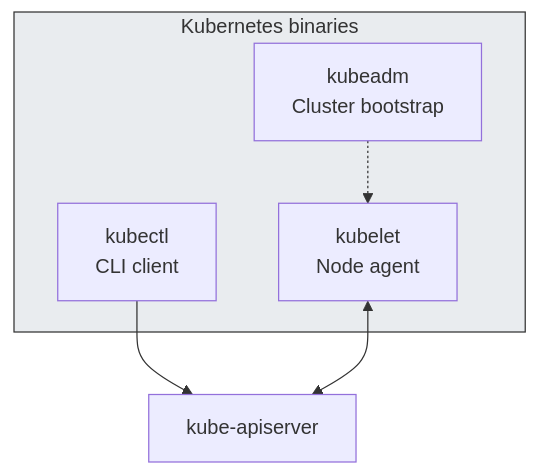
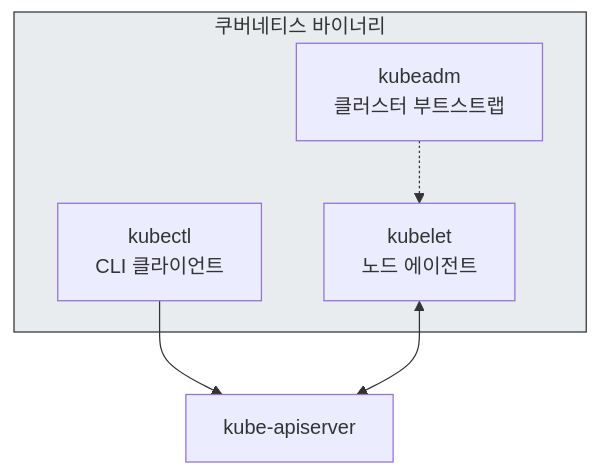
One commit to doxxx93/doxxx.dev changed the ninth of 9 diagrams in i18n/en/docusaurus-plugin-content-blog/2026-01-05/the-weight-of-kubernetes-installation.md. Above: the diagram before and after it, drawn with Mermaid. The commit also changed other lines of this file and 4 other files, not shown here.

````diff
--- a/i18n/en/docusaurus-plugin-content-blog/2026-01-05/the-weight-of-kubernetes-installation.md
+++ b/i18n/en/docusaurus-plugin-content-blog/2026-01-05/the-weight-of-kubernetes-installation.md
@@ -286,14 +286,14 @@
 ```mermaid
 graph TB
-    subgraph Binaries["Kubernetes binaries"]
-        kubeadm["kubeadm<br/>Cluster bootstrap"]
-        kubelet["kubelet<br/>Node agent"]
-        kubectl["kubectl<br/>CLI client"]
+    subgraph Binaries["쿠버네티스 바이너리"]
+        kubeadm["kubeadm<br/>클러스터 부트스트랩"]
+        kubelet["kubelet<br/>노드 에이전트"]
+        kubectl["kubectl<br/>CLI 클라이언트"]
     end
 
     kubeadm -.-> kubelet
     kubectl --> API["kube-apiserver"]
     kubelet <--> API
 
     style Binaries fill:#e9ecef,stroke:#333
 ```
````
